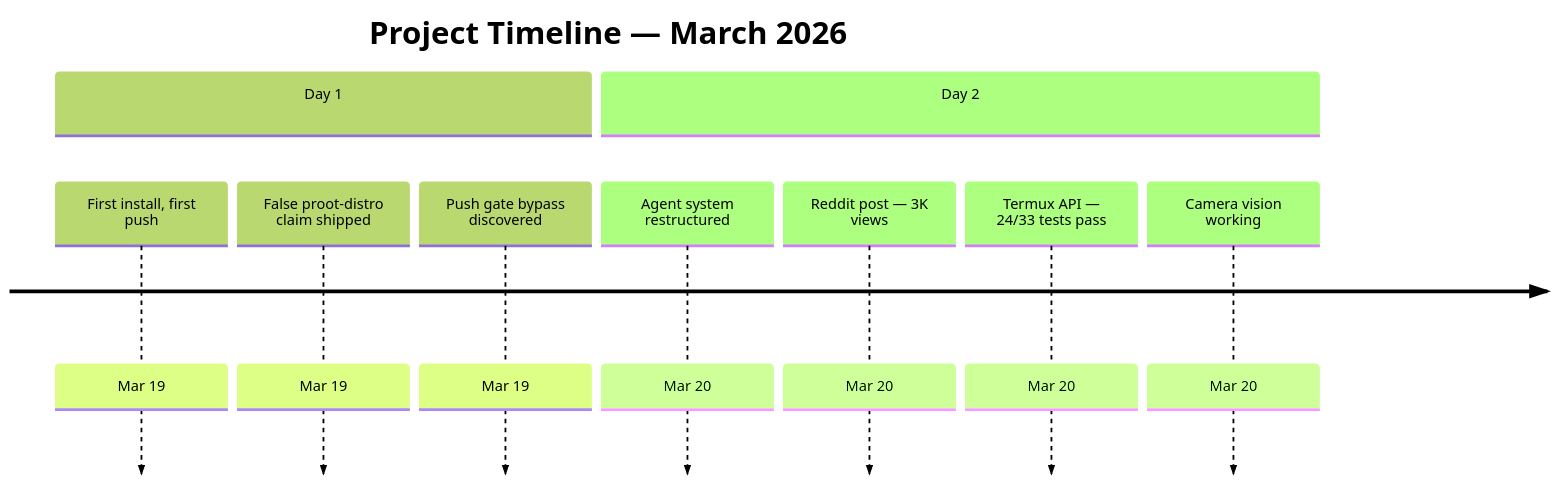
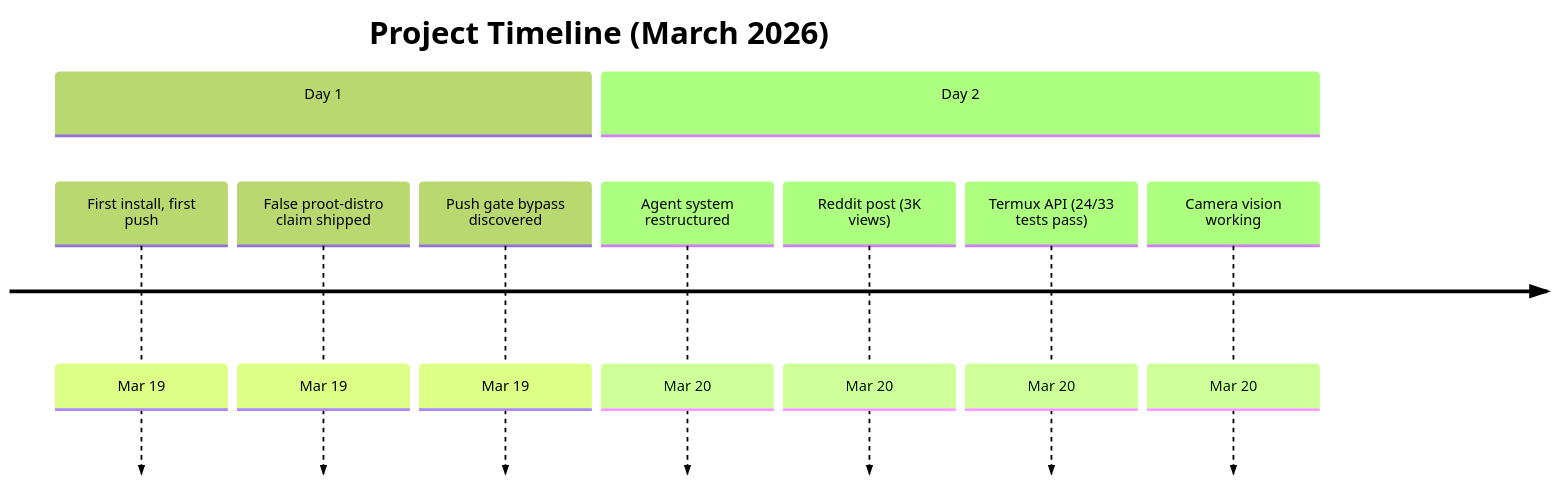
The first of 3 diagrams in docs/story.md (c10vis-poem/claude-code-android), drawn with Mermaid (forest theme) before and after one commit. The commit also changed other lines of this file and 4 other files, not shown here.

````diff
--- a/docs/story.md
+++ b/docs/story.md
@@ -14,13 +14,13 @@
 ```mermaid
 timeline
-    title Project Timeline — March 2026
+    title Project Timeline (March 2026)
     section Day 1
         First install, first push : Mar 19
         False proot-distro claim shipped : Mar 19
         Push gate bypass discovered : Mar 19
     section Day 2
         Agent system restructured : Mar 20
-        Reddit post — 3K views : Mar 20
-        Termux API — 24/33 tests pass : Mar 20
+        Reddit post (3K views) : Mar 20
+        Termux API (24/33 tests pass) : Mar 20
         Camera vision working : Mar 20
 ```
````
